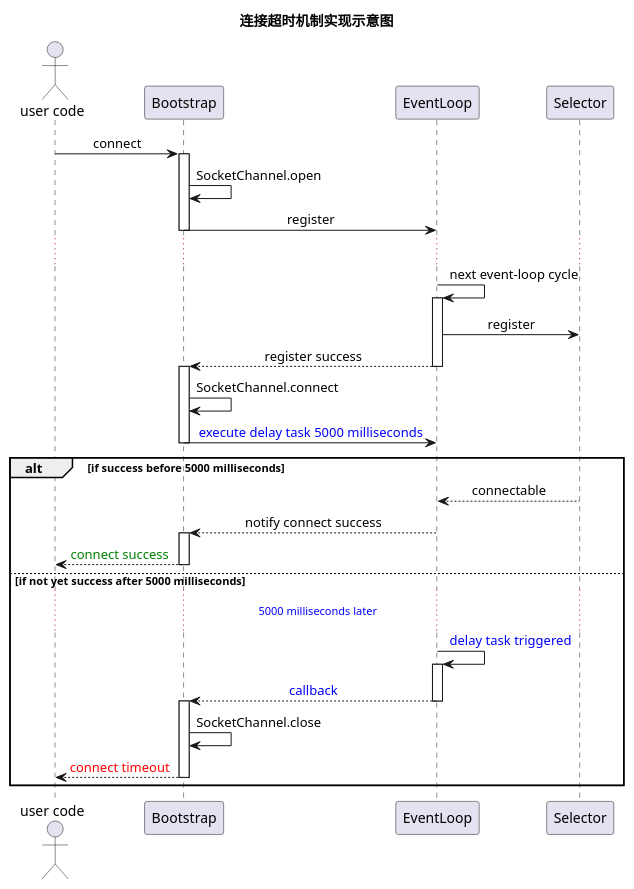
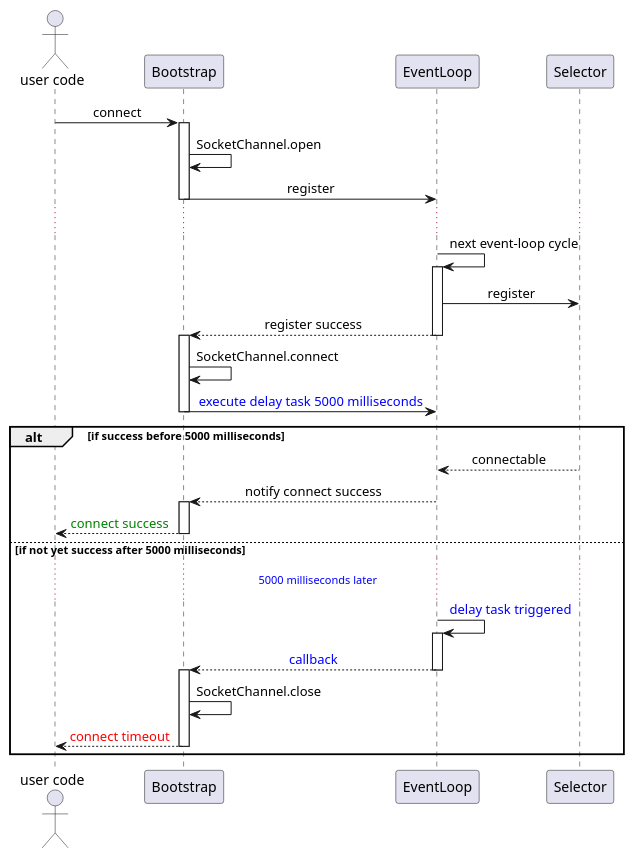
Before and after one commit to light0x00/lighty: the diagram in doc/history-problems/Timeout-ConnectTimeout.puml, drawn with PlantUML. The commit also changed 28 other files, not shown here.

```diff
--- a/doc/history-problems/Timeout-ConnectTimeout.puml
+++ b/doc/history-problems/Timeout-ConnectTimeout.puml
@@ -1,35 +1,34 @@
 @startuml Timeout-ConnectTimeout
-title 连接超时机制实现示意图
 skinparam sequenceMessageAlign center
 
 actor 0 as "user code"
 participant 1 as "Bootstrap"
 participant 2 as "EventLoop"
 participant 3 as "Selector"
 
 0->1++ : connect
 1->1 : SocketChannel.open
 1->2-- : register
 ...
 2->2++: next event-loop cycle
 
 2->3: register
 2-->1--++: register success
 
 1->1 : SocketChannel.connect
 1->2--: <font color=blue>execute delay task 5000 milliseconds</font>
 
 alt if success before 5000 milliseconds
 
 3-->2 : connectable
 2-->1++: notify connect success
 1-->0--: <font color=green>connect success
 
 else if not yet success after 5000 milliseconds
 ... <font color=blue>5000 milliseconds later ...
 2->2++: <font color=blue>delay task triggered
 2-->1--++: <font color=blue>callback
 1->1 : SocketChannel.close
 1-->0 --: <font color=red>connect timeout 
 end
 @enduml
```
